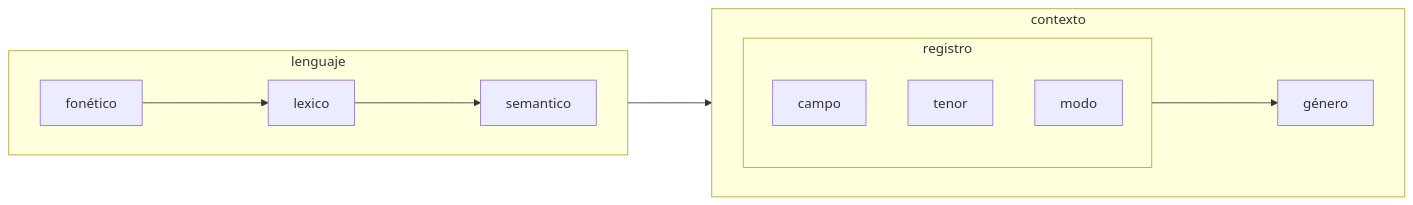
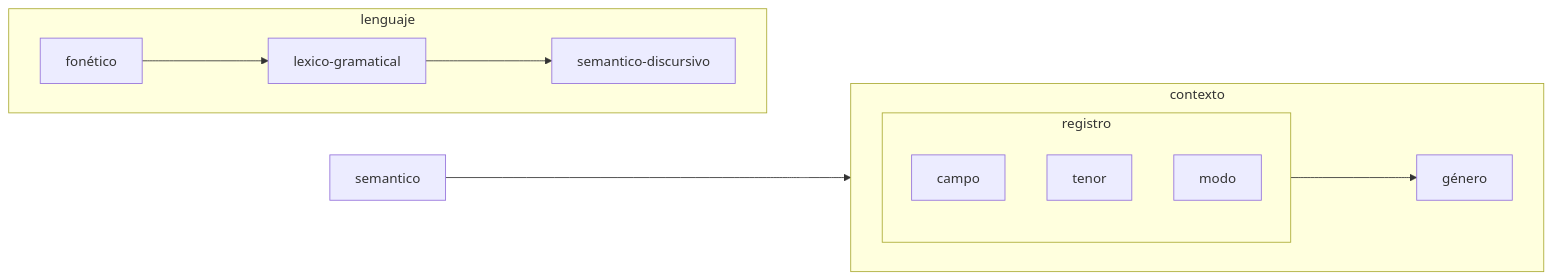
One commit to augusto-rp/phd_experiment2 changed the first of 8 diagrams in manuals/manual_codificacion.md. Above: the diagram before and after it, drawn with Mermaid. The commit also changed other lines of this file, not shown here.

````diff
--- a/manuals/manual_codificacion.md
+++ b/manuals/manual_codificacion.md
@@ -75,22 +78,22 @@
 ```mermaid
 graph LR
 semantico--->registro
 
 subgraph lenguaje
 direction LR;
-fonético--->lexico--->semantico
+fonético--->lexico-gramatical--->semantico-discursivo
 end
 
 subgraph contexto
 direction LR;
 registro--->género
 end
 
 subgraph registro
 direction TB;
 campo
 tenor
 modo
 
 end
 ```
````
